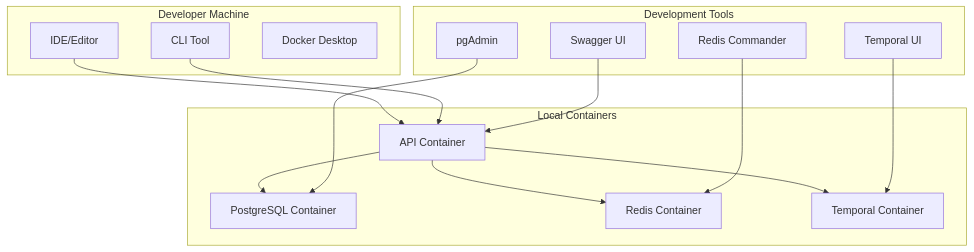
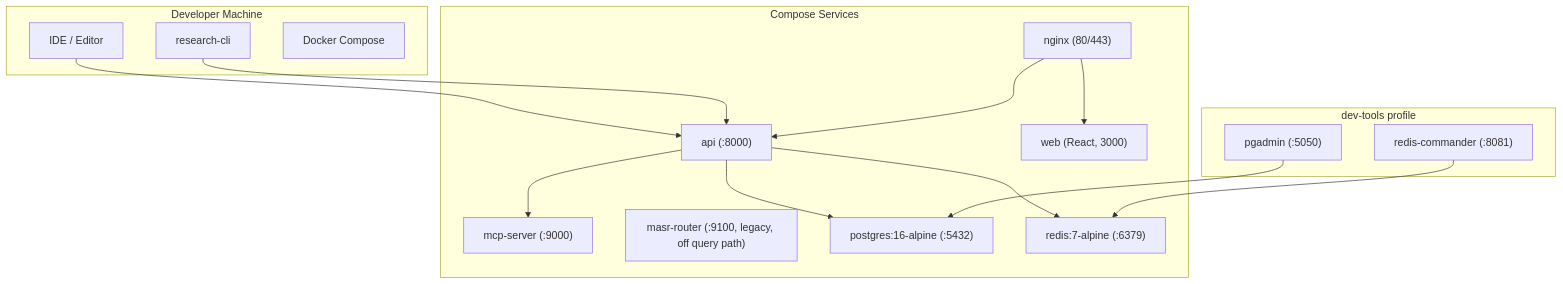
One commit to jsogarro/cerebro changed the sixth of 8 diagrams in docs/system-architecture-diagrams.md. Above: the diagram before and after it, drawn with Mermaid. The commit also changed other lines of this file and 36 other files, not shown here.

First line of the commit message:
docs: align all documentation with the current architecture

````diff
--- a/docs/system-architecture-diagrams.md
+++ b/docs/system-architecture-diagrams.md
@@ -468,33 +555,33 @@
 ```mermaid
 graph TB
     subgraph "Developer Machine"
-        IDE[IDE/Editor]
-        CLI_DEV[CLI Tool]
-        DOCKER_DEV[Docker Desktop]
+        IDE["IDE / Editor"]
+        CLI_DEV["research-cli"]
+        DOCKER_DEV["Docker Compose"]
     end
-    
-    subgraph "Local Containers"
-        API_LOCAL[API Container]
-        PG_LOCAL[PostgreSQL Container]
-        REDIS_LOCAL[Redis Container]
-        TEMPORAL_LOCAL[Temporal Container]
+
+    subgraph "Compose Services"
+        API_LOCAL["api (:8000)"]
+        MCP_LOCAL["mcp-server (:9000)"]
+        MASR_LOCAL["masr-router (:9100, legacy, off query path)"]
+        PG_LOCAL["postgres:16-alpine (:5432)"]
+        REDIS_LOCAL["redis:7-alpine (:6379)"]
+        NGINX_LOCAL["nginx (80/443)"]
+        WEB_LOCAL["web (React, 3000)"]
     end
-    
-    subgraph "Development Tools"
-        PGADMIN[pgAdmin]
-        REDIS_CMD[Redis Commander]
-        TEMPORAL_UI[Temporal UI]
-        SWAGGER[Swagger UI]
+
+    subgraph "dev-tools profile"
+        PGADMIN["pgadmin (:5050)"]
+        REDIS_CMD["redis-commander (:8081)"]
     end
-    
+
     IDE --> API_LOCAL
     CLI_DEV --> API_LOCAL
+    NGINX_LOCAL --> API_LOCAL
+    NGINX_LOCAL --> WEB_LOCAL
     API_LOCAL --> PG_LOCAL
     API_LOCAL --> REDIS_LOCAL
-    API_LOCAL --> TEMPORAL_LOCAL
-    
+    API_LOCAL --> MCP_LOCAL
     PGADMIN --> PG_LOCAL
     REDIS_CMD --> REDIS_LOCAL
-    TEMPORAL_UI --> TEMPORAL_LOCAL
-    SWAGGER --> API_LOCAL
 ```
````
